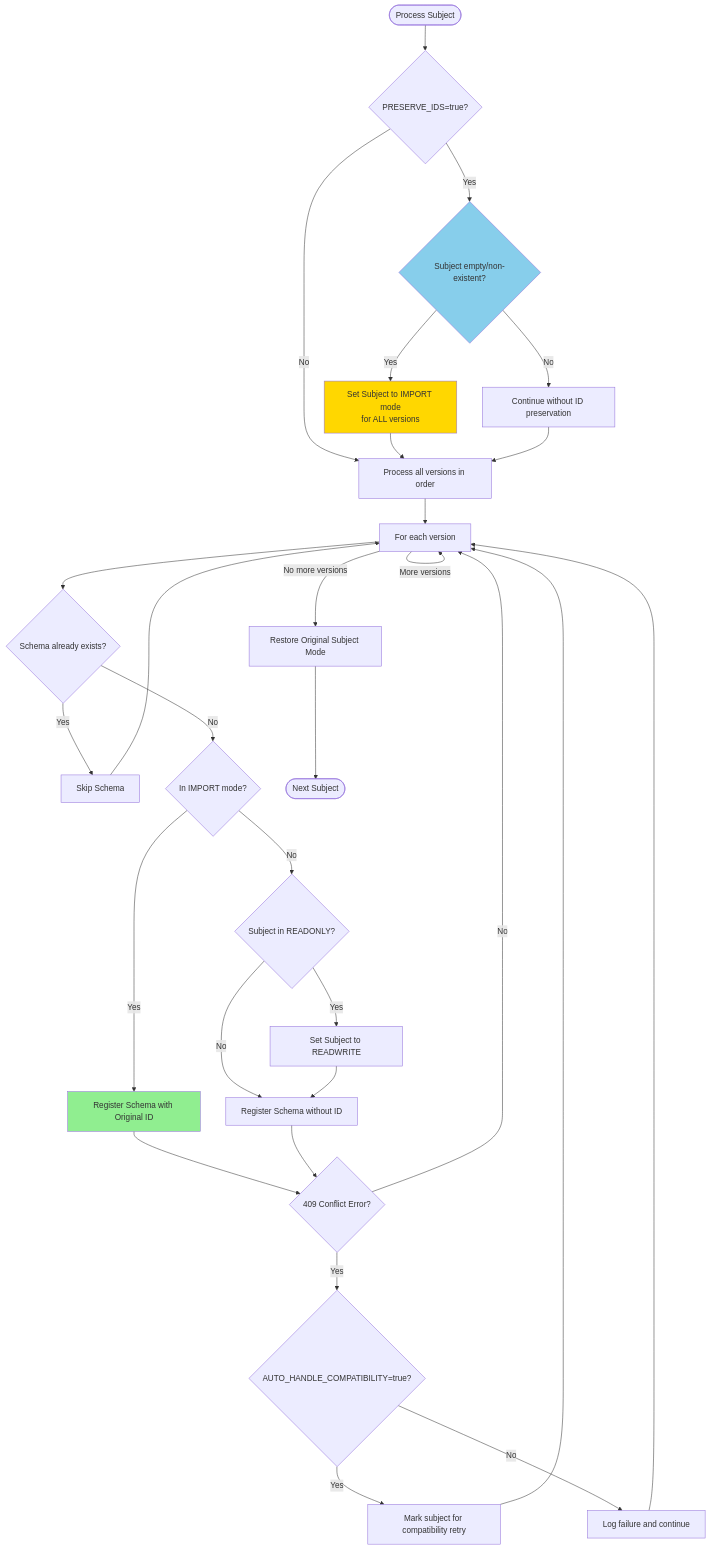
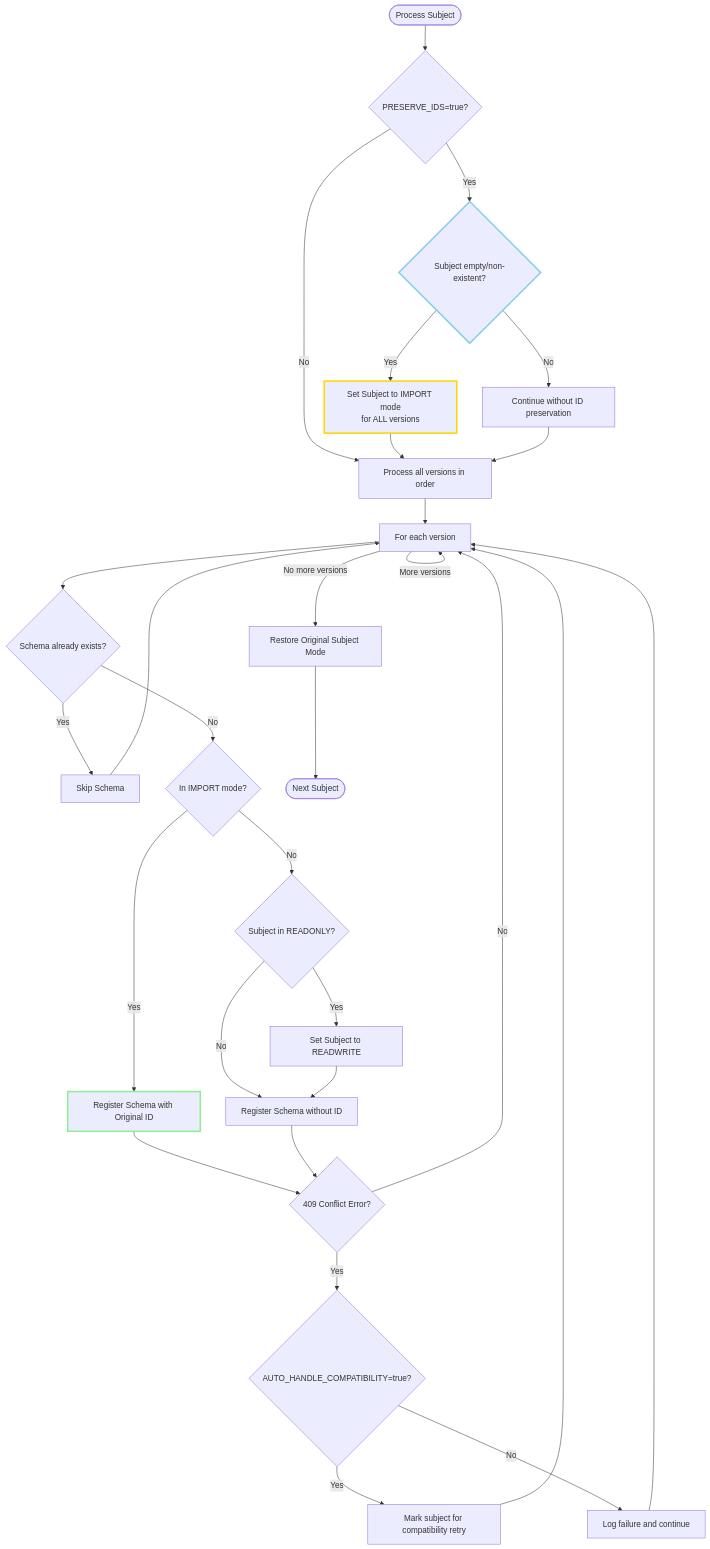
The second of 19 diagrams in migration-flow.md (aywengo/kafka-schema-reg-migrator), drawn with Mermaid before and after one commit. The commit also changed other lines of this file, not shown here.

First line of the commit message:
Update migration flow documentation to enhance visual clarity and consistency

````diff
--- a/migration-flow.md
+++ b/migration-flow.md
@@ -162,7 +162,7 @@
     RestoreMode --> NextSubject
     SkipSchema --> ForEachVersion
     
-    style SetSubjectImport fill:#ffd700
-    style CheckSubjectEmpty fill:#87CEEB
-    style RegisterWithID fill:#90EE90
+    style SetSubjectImport stroke:#ffd700,stroke-width:3px
+    style CheckSubjectEmpty stroke:#87CEEB,stroke-width:3px
+    style RegisterWithID stroke:#90EE90,stroke-width:3px
 ```
````
